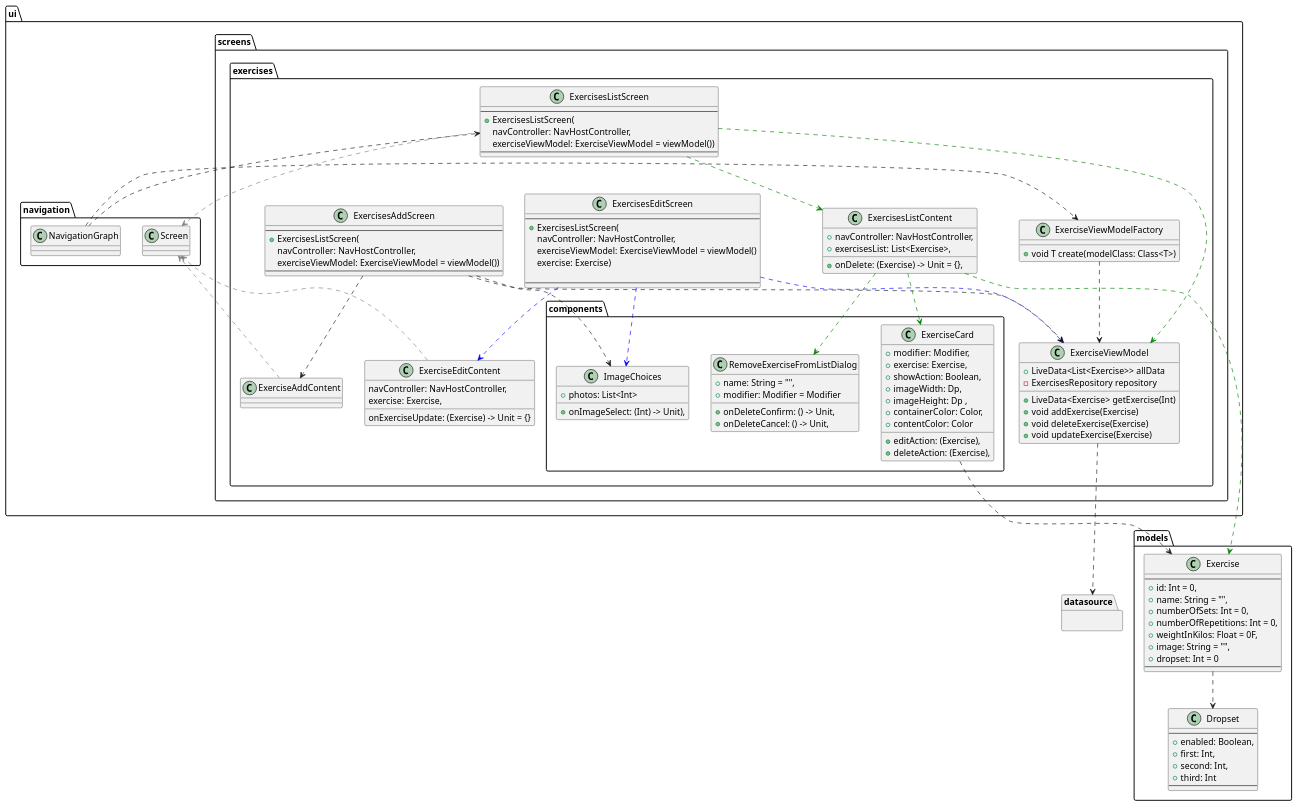
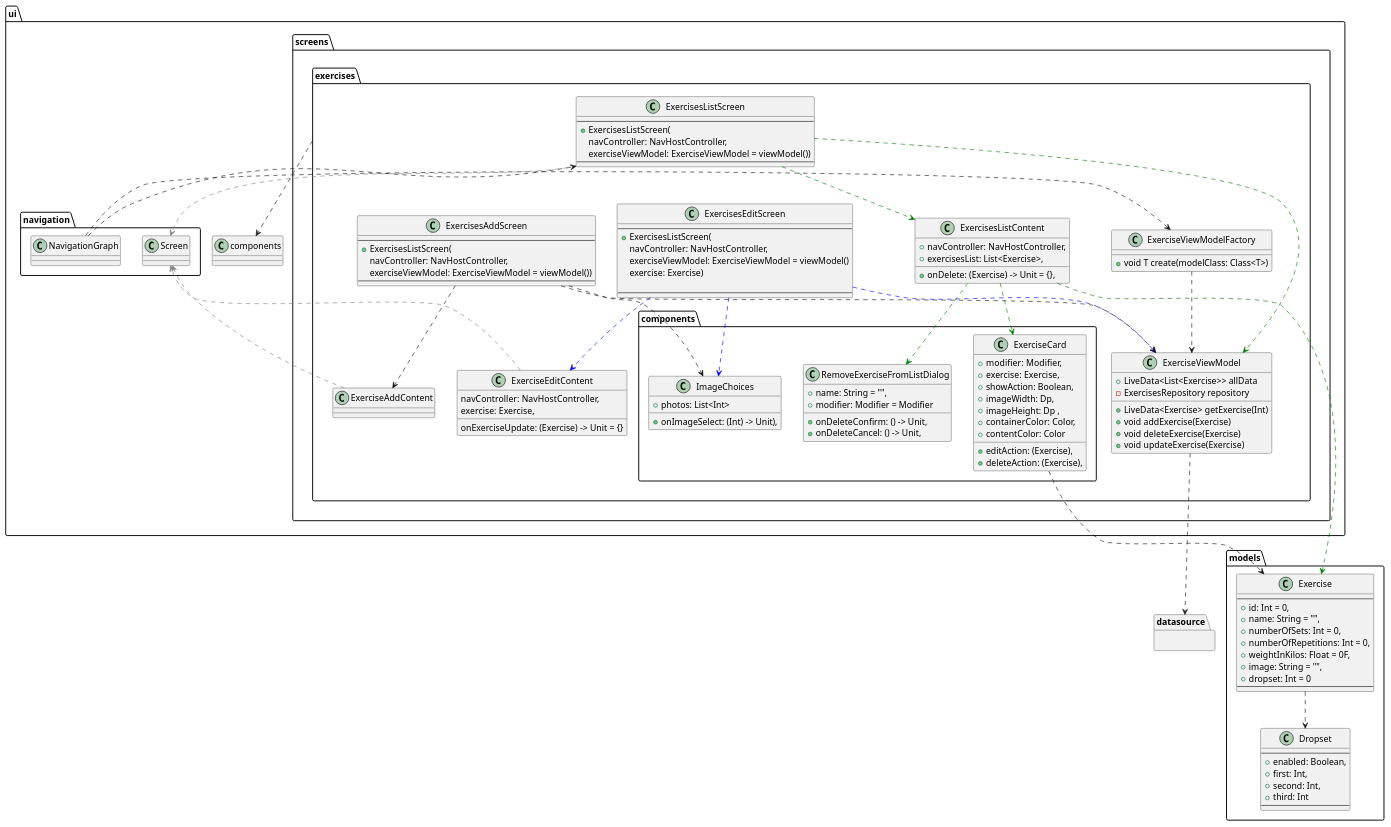
One commit to gishsi/WorkoutPlanner changed the diagram in app/diagrams/Exercises.puml. Above: the diagram before and after it, drawn with PlantUML. The commit also changed 2 other files, not shown here.

```diff
--- a/app/diagrams/Exercises.puml
+++ b/app/diagrams/Exercises.puml
@@ -1,155 +1,155 @@
 @startuml
 page 2x2
 skinparam pageMargin 10
 skinparam pageExternalColor gray
 skinparam pageBorderColor black
 skinparam groupInheritance 2
 
 
 
 namespace datasource {
 }
 
 namespace models {
     class Dropset {
     --
     + enabled: Boolean,
     + first: Int,
     + second: Int,
     + third: Int
     --
     }
 
     class Exercise {
     --
     + id: Int = 0,
     + name: String = "",
     + numberOfSets: Int = 0,
     + numberOfRepetitions: Int = 0,
     + weightInKilos: Float = 0F,
     + image: String = "",
     + dropset: Int = 0
     --
     }
 }
 
 
 namespace ui.screens.exercises {
     class ExercisesListScreen {
     --
     + ExercisesListScreen(
     navController: NavHostController,
     exerciseViewModel: ExerciseViewModel = viewModel())
     --
     }
 
   class ExercisesAddScreen {
     --
    +  ExercisesListScreen(
     navController: NavHostController,
     exerciseViewModel: ExerciseViewModel = viewModel())
     --
     }
 
   class ExercisesEditScreen {
     --
     + ExercisesListScreen(
     navController: NavHostController,
     exerciseViewModel: ExerciseViewModel = viewModel()
     exercise: Exercise)
 
     --
     }
 
 together {
    class ExerciseViewModel {
    + LiveData<List<Exercise>> allData
    - ExercisesRepository repository
    + LiveData<Exercise> getExercise(Int)
    + void addExercise(Exercise)
    + void deleteExercise(Exercise)
    + void updateExercise(Exercise)
    }
 
    class ExerciseViewModelFactory {
    + void T create(modelClass: Class<T>)
    }
 }
 
 
    class ExercisesListContent {
    + navController: NavHostController,
    + exercisesList: List<Exercise>,
    + onDelete: (Exercise) -> Unit = {},
    }
 
    class ExerciseAddContent {
    }
 
    class ExerciseEditContent {
        navController: NavHostController,
        exercise: Exercise,
        onExerciseUpdate: (Exercise) -> Unit = {}
    }
 }
 
 namespace ui.screens.exercises.components {
     class ExerciseCard {
       +  modifier: Modifier,
         + exercise: Exercise,
         + editAction: (Exercise),
         + deleteAction: (Exercise),
         + showAction: Boolean,
         + imageWidth: Dp,
         + imageHeight: Dp ,
        +  containerColor: Color,
        +  contentColor: Color
     }
     class RemoveExerciseFromListDialog {
         + name: String = "",
         + onDeleteConfirm: () -> Unit,
         + onDeleteCancel: () -> Unit,
         + modifier: Modifier = Modifier
     }
     class  ImageChoices {
         + onImageSelect: (Int) -> Unit),
         + photos: List<Int>
     }
 }
 
 class ui.navigation.Screen {
 }
 
 ui.screens.exercises.ExercisesEditScreen .[#blue].> ui.screens.exercises.ExerciseEditContent
 ui.screens.exercises.ExercisesAddScreen ..> ui.screens.exercises.ExerciseAddContent
 ui.screens.exercises.ExercisesEditScreen .[#blue].> ui.screens.exercises.ExerciseViewModel
 ui.screens.exercises.ExercisesAddScreen ..> ui.screens.exercises.ExerciseViewModel
 
 ui.screens.exercises.ExercisesAddScreen ..> ui.screens.exercises.components.ImageChoices
 ui.screens.exercises.ExercisesEditScreen .[#blue].> ui.screens.exercises.components.ImageChoices
 
 ui.screens.exercises.ExerciseAddContent .[#gray].> ui.navigation.Screen
 ui.screens.exercises.ExerciseEditContent .[#gray].> ui.navigation.Screen
 ui.screens.exercises.ExercisesListScreen .[#gray].> ui.navigation.Screen
 
 'each screen uses components in ui
 ui.navigation.NavigationGraph ..> ui.screens.exercises.ExercisesListScreen
 ui.navigation.NavigationGraph ..> ui.screens.exercises.ExerciseViewModelFactory
 
 ui.screens.exercises.ExerciseViewModelFactory ..> ui.screens.exercises.ExerciseViewModel
 
 ui.screens.exercises.ExercisesListContent .[#green].> models.Exercise
 ui.screens.exercises.components.ExerciseCard ..> models.Exercise
 models.Exercise ..> models.Dropset
 
 ui.screens.exercises.ExercisesListScreen .[#green].> ui.screens.exercises.ExerciseViewModel
 
 ui.screens.exercises.ExerciseViewModel ..> datasource
 
 ui.screens.exercises.ExercisesListContent .[#green].> ui.screens.exercises.components.ExerciseCard
 ui.screens.exercises.ExercisesListContent .[#green].> ui.screens.exercises.components.RemoveExerciseFromListDialog
 ui.screens.exercises.ExercisesListScreen .[#green].> ui.screens.exercises.ExercisesListContent
 
-'asdasd
+ui.screens.exercises ..> ui.components
 
 @enduml
```
